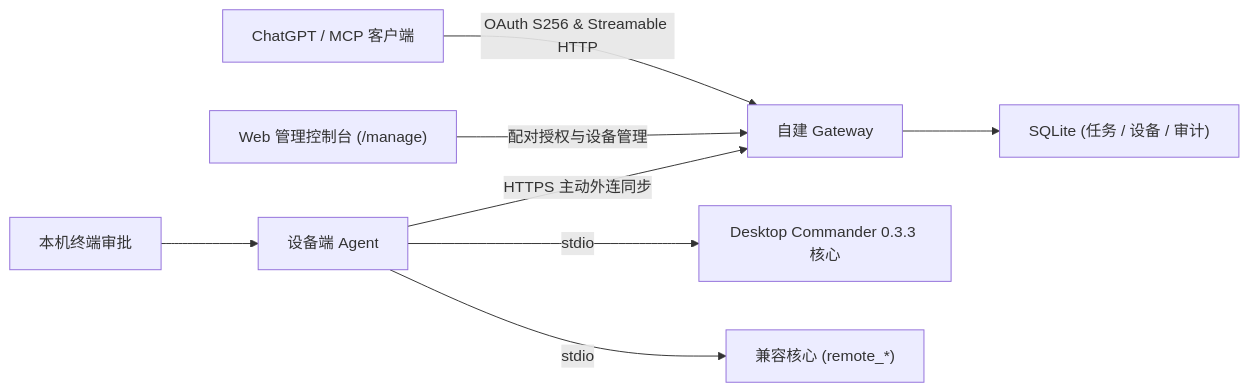
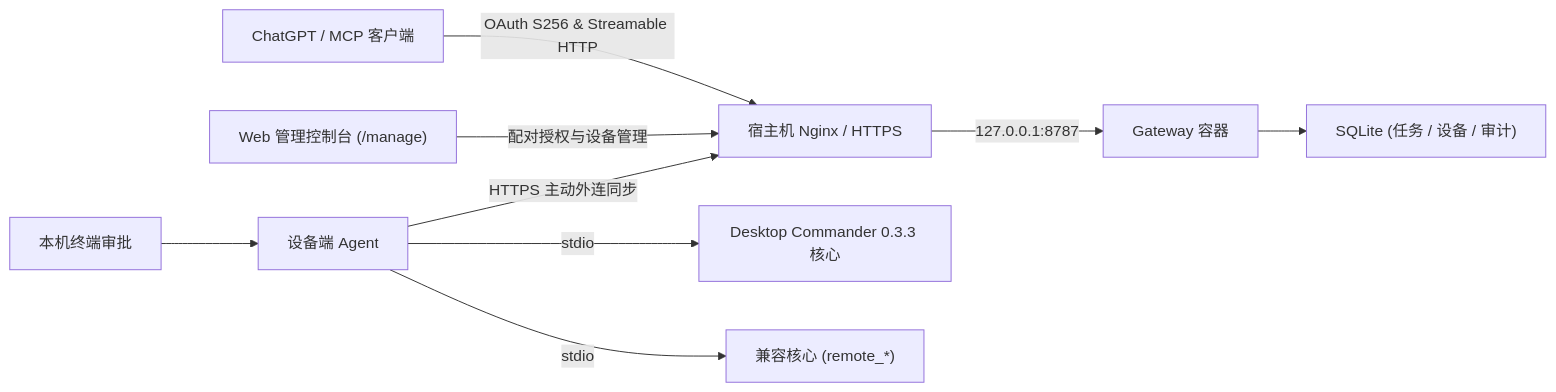
Before and after one commit to 91270/Remote.Command: the diagram in docs/architecture.md, drawn with Mermaid. The commit also changed other lines of this file and 9 other files, not shown here.

````diff
--- a/docs/architecture.md
+++ b/docs/architecture.md
@@ -9,10 +9,11 @@
 ```mermaid
 flowchart LR
-    User["ChatGPT / MCP 客户端"] -->|OAuth S256 & Streamable HTTP| Gateway["自建 Gateway"]
-    Owner["Web 管理控制台 (/manage)"] -->|配对授权与设备管理| Gateway
-    Agent["设备端 Agent"] -->|HTTPS 主动外连同步| Gateway
+    User["ChatGPT / MCP 客户端"] -->|OAuth S256 & Streamable HTTP| Nginx["宿主机 Nginx / HTTPS"]
+    Owner["Web 管理控制台 (/manage)"] -->|配对授权与设备管理| Nginx
+    Agent["设备端 Agent"] -->|HTTPS 主动外连同步| Nginx
+    Nginx -->|127.0.0.1:8787| Gateway["Gateway 容器"]
     Gateway --> Storage["SQLite (任务 / 设备 / 审计)"]
     Agent -->|stdio| Core["Desktop Commander 0.3.3 核心"]
     Agent -->|stdio| Compat["兼容核心 (remote_*)"]
     Operator["本机终端审批"] --> Agent
 ```
````
